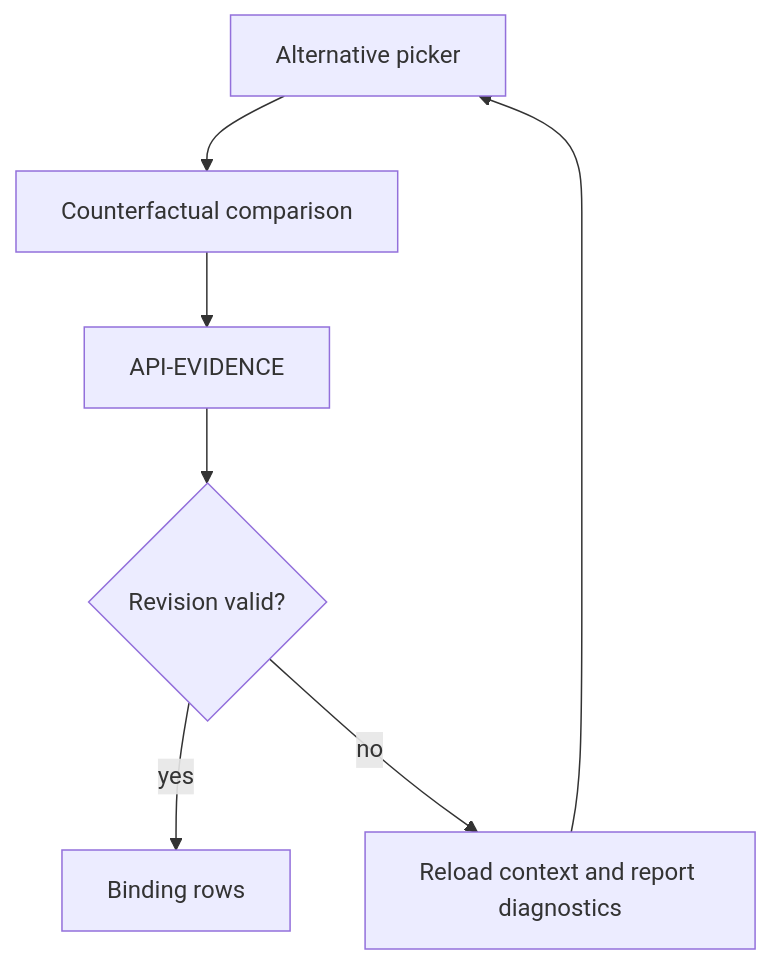
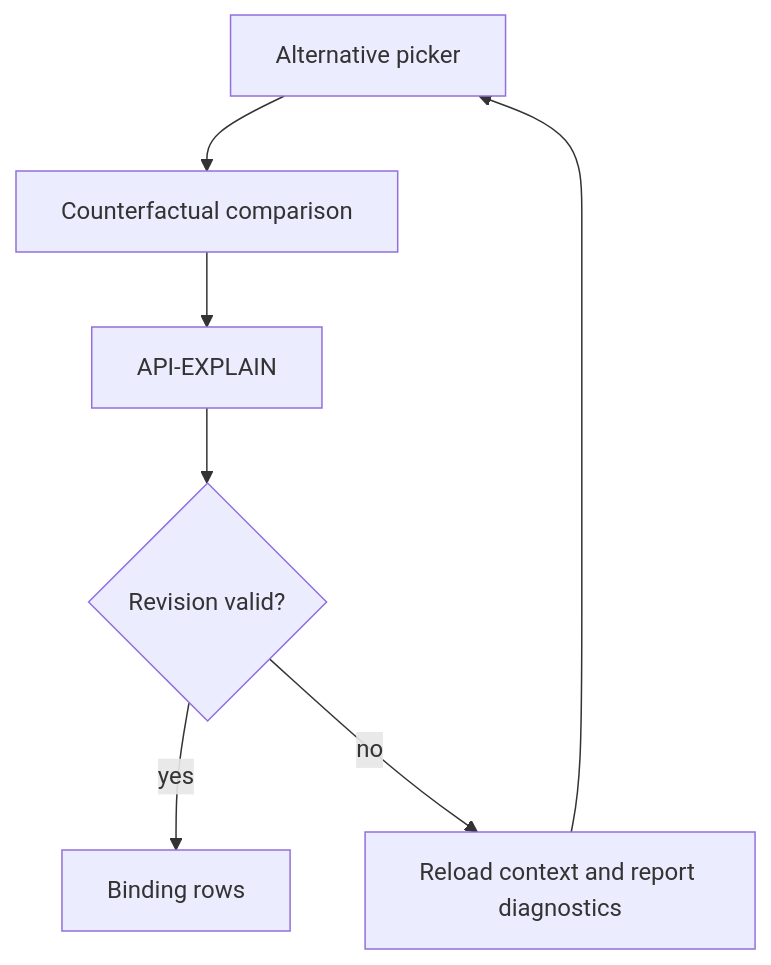
Before and after one commit to ameenalqershi/wow-decision-intelligence: the first of 2 diagrams in docs/design/studio/UI18.md, drawn with Mermaid. The commit also changed other lines of this file and 15 other files, not shown here.

````diff
--- a/docs/design/studio/UI18.md
+++ b/docs/design/studio/UI18.md
@@ -21,9 +21,9 @@
 ```mermaid
 flowchart TD
   S["Alternative picker"] --> W["Counterfactual comparison"]
-  W --> A["API-EVIDENCE"]
+  W --> A["API-EXPLAIN"]
   A --> V{"Revision valid?"}
   V -->|yes| I["Binding rows"]
   V -->|no| R["Reload context and report diagnostics"]
   R --> S
 ```
````
